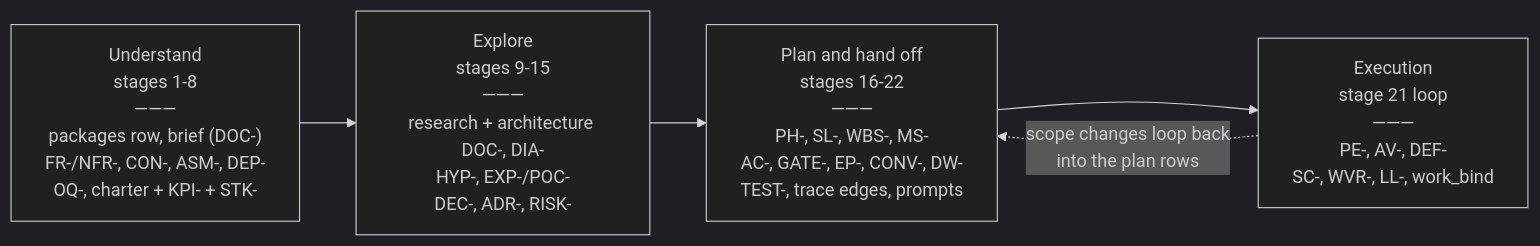
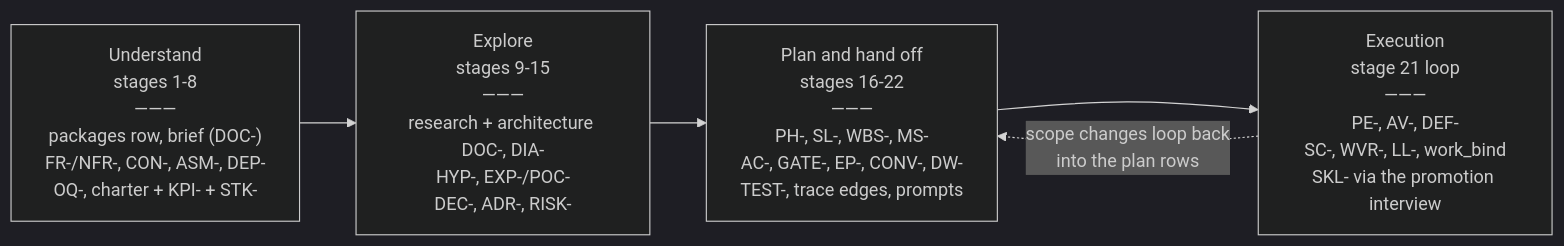
One commit to A-H-911/tamheed changed the first of 7 diagrams in docs/entities.md. Above: the diagram before and after it, drawn with Mermaid (dark theme). The commit also changed other lines of this file and 45 other files, not shown here.

````diff
--- a/docs/entities.md
+++ b/docs/entities.md
@@ -32,9 +32,9 @@
 ```mermaid
 flowchart LR
     U["Understand<br/>stages 1-8<br/>―――<br/>packages row, brief (DOC-)<br/>FR-/NFR-, CON-, ASM-, DEP-<br/>OQ-, charter + KPI- + STK-"]
     E["Explore<br/>stages 9-15<br/>―――<br/>research + architecture DOC-, DIA-<br/>HYP-, EXP-/POC-<br/>DEC-, ADR-, RISK-"]
     P["Plan and hand off<br/>stages 16-22<br/>―――<br/>PH-, SL-, WBS-, MS-<br/>AC-, GATE-, EP-, CONV-, DW-<br/>TEST-, trace edges, prompts"]
-    X["Execution<br/>stage 21 loop<br/>―――<br/>PE-, AV-, DEF-<br/>SC-, WVR-, LL-, work_bind"]
+    X["Execution<br/>stage 21 loop<br/>―――<br/>PE-, AV-, DEF-<br/>SC-, WVR-, LL-, work_bind<br/>SKL- via the promotion interview"]
     U --> E --> P --> X
     X -. "scope changes loop back<br/>into the plan rows" .-> P
 ```
````
